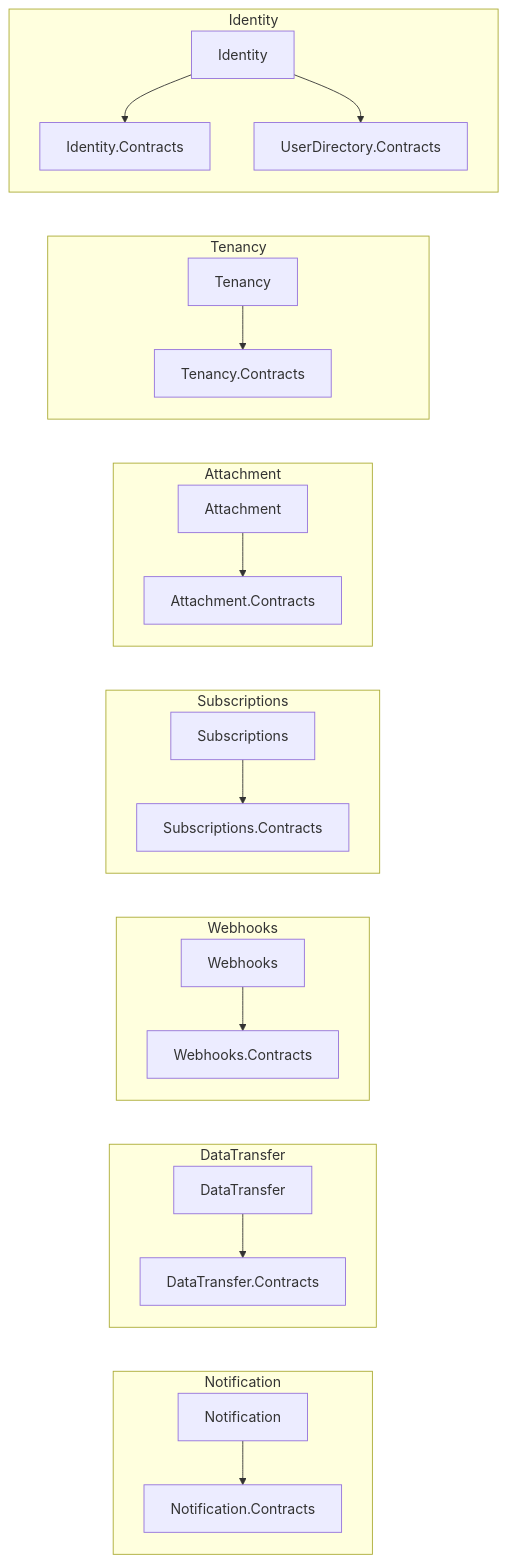
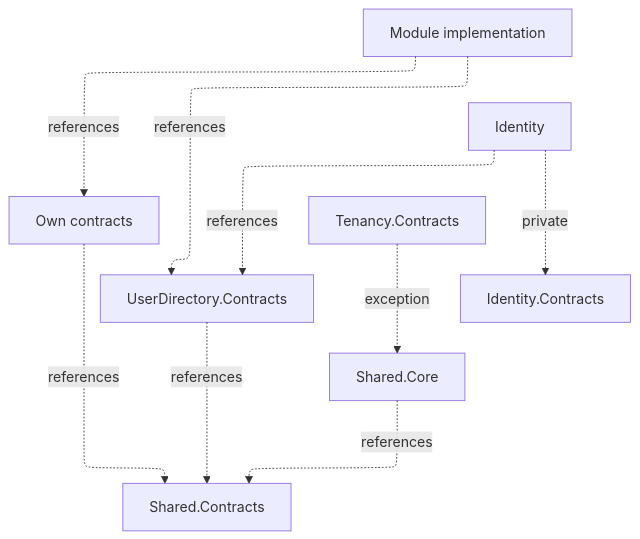
One commit to mhasabalah/StarterKit changed the third of 5 diagrams in wiki/Architecture/Overview.md. Above: the diagram before and after it, drawn with Mermaid. The commit also changed other lines of this file and 152 other files, not shown here.

Commit message:
feat(docs): add Fumadocs V2 and standardize diagrams

````diff
--- a/wiki/Architecture/Overview.md
+++ b/wiki/Architecture/Overview.md
@@ -146,32 +165,22 @@
 ```mermaid
+---
+config:
+  layout: elk
+---
 flowchart TB
-  subgraph Identity
-    I[Identity] --> IC[Identity.Contracts]
-    I --> U[UserDirectory.Contracts]
-  end
-  subgraph Tenancy
-    T[Tenancy] --> TC[Tenancy.Contracts]
-  end
-  subgraph Attachment
-    A[Attachment] --> AC[Attachment.Contracts]
-  end
-  subgraph Subscriptions
-    S[Subscriptions] --> SC[Subscriptions.Contracts]
-  end
-  subgraph Webhooks
-    W[Webhooks] --> WC[Webhooks.Contracts]
-  end
-  subgraph DataTransfer
-    D[DataTransfer] --> DC[DataTransfer.Contracts]
-  end
-  subgraph Notification
-    N[Notification] --> NC[Notification.Contracts]
-  end
-  IC ~~~ T
-  U ~~~ T
-  TC ~~~ A
-  AC ~~~ S
-  SC ~~~ W
-  WC ~~~ D
-  DC ~~~ N
+  accTitle: Contract ownership and user boundary
+  accDescr: Module implementations reference contracts; UserDirectory.Contracts is the public user port and Tenancy.Contracts has one explicit shared-core exception.
+  M[Module implementation] -.->|references| C[Own contracts]
+  C -.->|references| S[Shared.Contracts]
+  M -.->|references| U[UserDirectory.Contracts]
+  I[Identity] -.->|references| U
+  I -.->|private| IC[Identity.Contracts]
+  T[Tenancy.Contracts] -.->|exception| CORE[Shared.Core]
+  CORE -.->|references| S
+  U -.->|references| S
+  %% Invisible ordering links arrange independent dependency roots, not references.
+  M ~~~ I
+  I ~~~ T
+  class M,C,S,I,U,IC,T application
+  class CORE infrastructure
 ```
````
